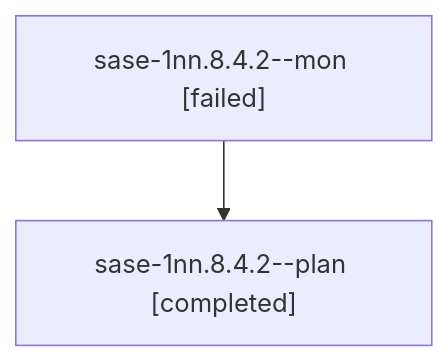
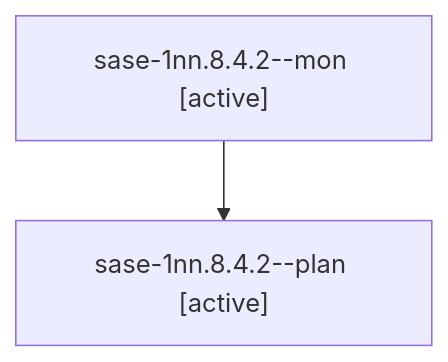
The diagram in sessions/bbugyi200.athena.sase-1nn.8.4.2.md (sase-org/sase--agents), drawn with Mermaid before and after one commit. The commit also changed other lines of this file and 274 other files, not shown here.

````diff
--- a/sessions/bbugyi200.athena.sase-1nn.8.4.2.md
+++ b/sessions/bbugyi200.athena.sase-1nn.8.4.2.md
@@ -9,6 +9,6 @@
 ```mermaid
 flowchart TD
-  n0["sase-1nn.8.4.2--mon [failed]"]
-  n1["sase-1nn.8.4.2--plan [completed]"]
+  n0["sase-1nn.8.4.2--mon [active]"]
+  n1["sase-1nn.8.4.2--plan [active]"]
   n0 --> n1
 ```
````
